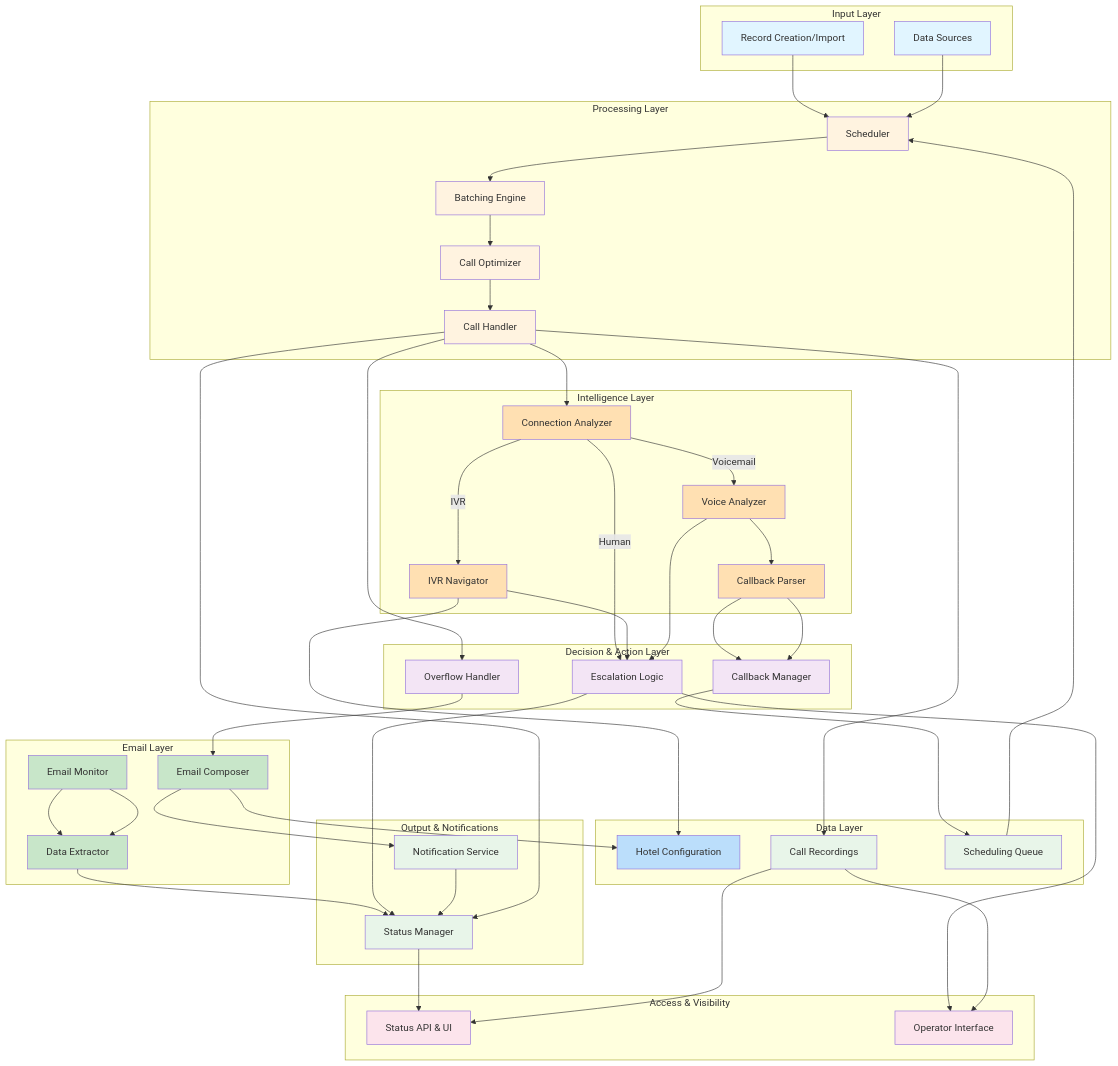
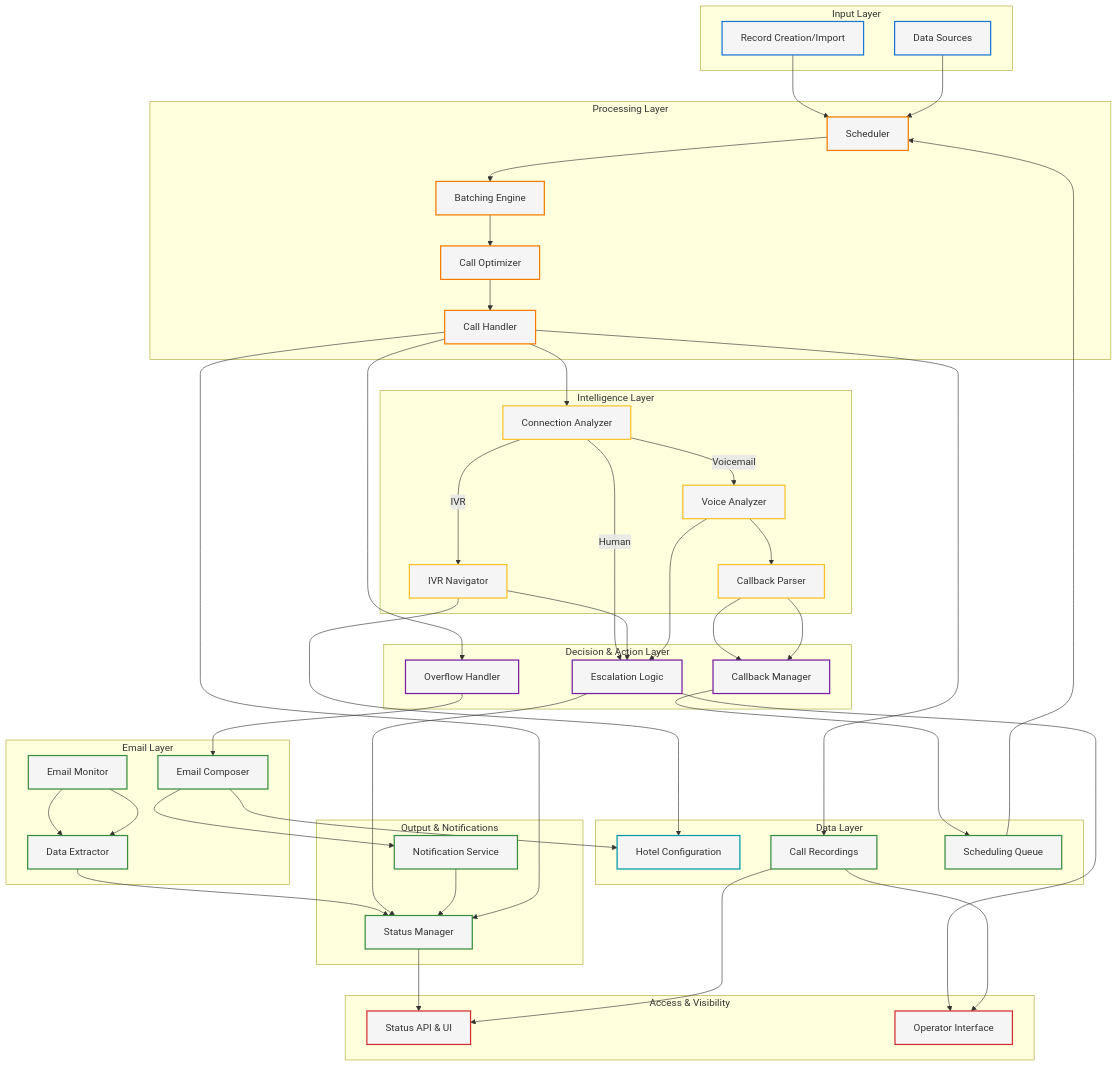
The first of 6 diagrams in Folio-architecture.md (Org-for-Folio-AI/FolioAISpecs), drawn with Mermaid before and after one commit. The commit also changed 11 other files, not shown here.

First line of the commit message:
Update mermaid diagram colors for dark and light mode compatibility

````diff
--- a/Folio-architecture.md
+++ b/Folio-architecture.md
@@ -92,27 +92,27 @@
     J --> M
     E2 --> E3
 
-    style A fill:#e1f5ff
-    style B fill:#e1f5ff
-    style C fill:#fff3e0
-    style D fill:#fff3e0
-    style E fill:#fff3e0
-    style F fill:#fff3e0
-    style F1 fill:#ffe0b2
-    style F2 fill:#ffe0b2
-    style F3 fill:#ffe0b2
-    style F4 fill:#ffe0b2
-    style E1 fill:#c8e6c9
-    style E2 fill:#c8e6c9
-    style E3 fill:#c8e6c9
-    style G fill:#f3e5f5
-    style H fill:#f3e5f5
-    style I1 fill:#f3e5f5
-    style I2 fill:#bbdefb
-    style I fill:#e8f5e9
-    style J fill:#e8f5e9
-    style K fill:#e8f5e9
-    style K1 fill:#e8f5e9
-    style L fill:#fce4ec
-    style M fill:#fce4ec
+    style A stroke:#1976d2,fill:#f5f5f5,stroke-width:2px
+    style B stroke:#1976d2,fill:#f5f5f5,stroke-width:2px
+    style C stroke:#f57c00,fill:#f5f5f5,stroke-width:2px
+    style D stroke:#f57c00,fill:#f5f5f5,stroke-width:2px
+    style E stroke:#f57c00,fill:#f5f5f5,stroke-width:2px
+    style F stroke:#f57c00,fill:#f5f5f5,stroke-width:2px
+    style F1 stroke:#fbc02d,fill:#f5f5f5,stroke-width:2px
+    style F2 stroke:#fbc02d,fill:#f5f5f5,stroke-width:2px
+    style F3 stroke:#fbc02d,fill:#f5f5f5,stroke-width:2px
+    style F4 stroke:#fbc02d,fill:#f5f5f5,stroke-width:2px
+    style E1 stroke:#388e3c,fill:#f5f5f5,stroke-width:2px
+    style E2 stroke:#388e3c,fill:#f5f5f5,stroke-width:2px
+    style E3 stroke:#388e3c,fill:#f5f5f5,stroke-width:2px
+    style G stroke:#7b1fa2,fill:#f5f5f5,stroke-width:2px
+    style H stroke:#7b1fa2,fill:#f5f5f5,stroke-width:2px
+    style I1 stroke:#7b1fa2,fill:#f5f5f5,stroke-width:2px
+    style I2 stroke:#0097a7,fill:#f5f5f5,stroke-width:2px
+    style I stroke:#388e3c,fill:#f5f5f5,stroke-width:2px
+    style J stroke:#388e3c,fill:#f5f5f5,stroke-width:2px
+    style K stroke:#388e3c,fill:#f5f5f5,stroke-width:2px
+    style K1 stroke:#388e3c,fill:#f5f5f5,stroke-width:2px
+    style L stroke:#d32f2f,fill:#f5f5f5,stroke-width:2px
+    style M stroke:#d32f2f,fill:#f5f5f5,stroke-width:2px
 ```
````
